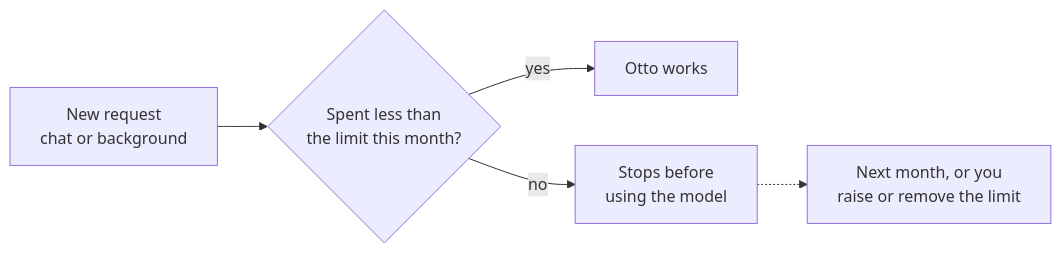
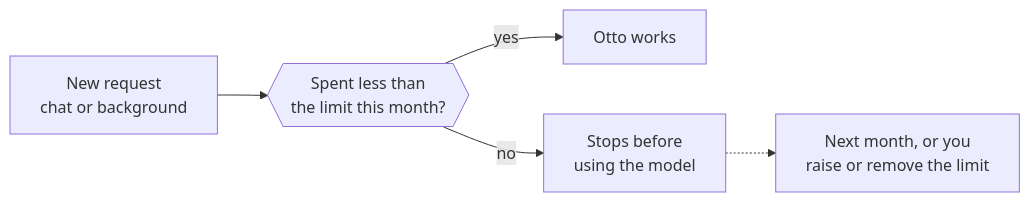
The diagram in docs/src/content/docs/use/spending.md (n8n-io/nod), drawn with Mermaid before and after one commit. The commit also changed other lines of this file and 54 other files, not shown here.

````diff
--- a/docs/src/content/docs/use/spending.md
+++ b/docs/src/content/docs/use/spending.md
@@ -32,7 +34,7 @@
 ```mermaid
 flowchart LR
-  req[New request<br/>chat or background]:::accent --> check{Spent less than<br/>the limit this month?}
+  req[New request<br/>chat or background]:::accent --> check{{Spent less than<br/>the limit this month?}}
   check -- yes --> run[Otto works]:::go
   check -- no --> stop[Stops before<br/>using the model]:::stop
   stop -.-> lift[Next month, or you<br/>raise or remove the limit]:::muted
 ```
````
